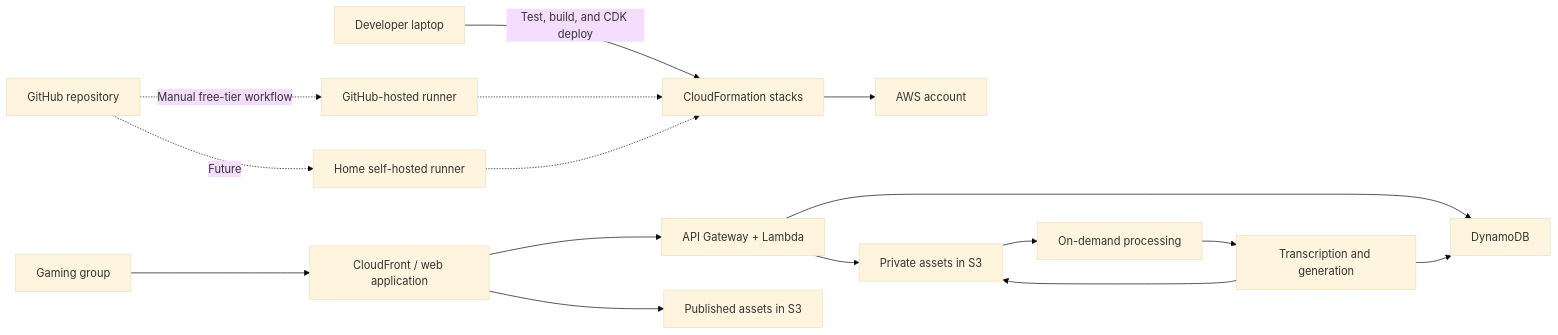
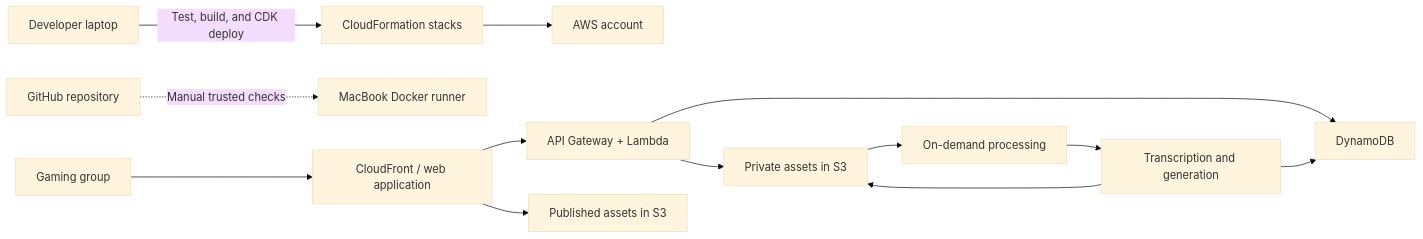
Before and after one commit to fourmajor/panther: the diagram in docs/aws-platform-architecture-draft.md, drawn with Mermaid (base theme). The commit also changed other lines of this file and 12 other files, not shown here.

Commit message:
Fix viewer control visibility and add local Docker CI runner (#29)

````diff
--- a/docs/aws-platform-architecture-draft.md
+++ b/docs/aws-platform-architecture-draft.md
@@ -43,20 +43,17 @@
 ```mermaid
 flowchart LR
     Laptop[Developer laptop] -->|Test, build, and CDK deploy| IaC[CloudFormation stacks]
-    GitHub[GitHub repository] -. Manual free-tier workflow .-> Hosted[GitHub-hosted runner]
-    Hosted -.-> IaC
-    GitHub -. Future .-> Runner[Home self-hosted runner]
-    Runner -.-> IaC
+    GitHub[GitHub repository] -. Manual trusted checks .-> Runner[MacBook Docker runner]
     IaC --> AWS[AWS account]
 
     Group[Gaming group] --> Web[CloudFront / web application]
     Web --> API[API Gateway + Lambda]
     Web --> Published[Published assets in S3]
     API --> Data[DynamoDB]
     API --> Private[Private assets in S3]
 
     Private --> Queue[On-demand processing]
     Queue --> Transcript[Transcription and generation]
     Transcript --> Private
     Transcript --> Data
 ```
````
